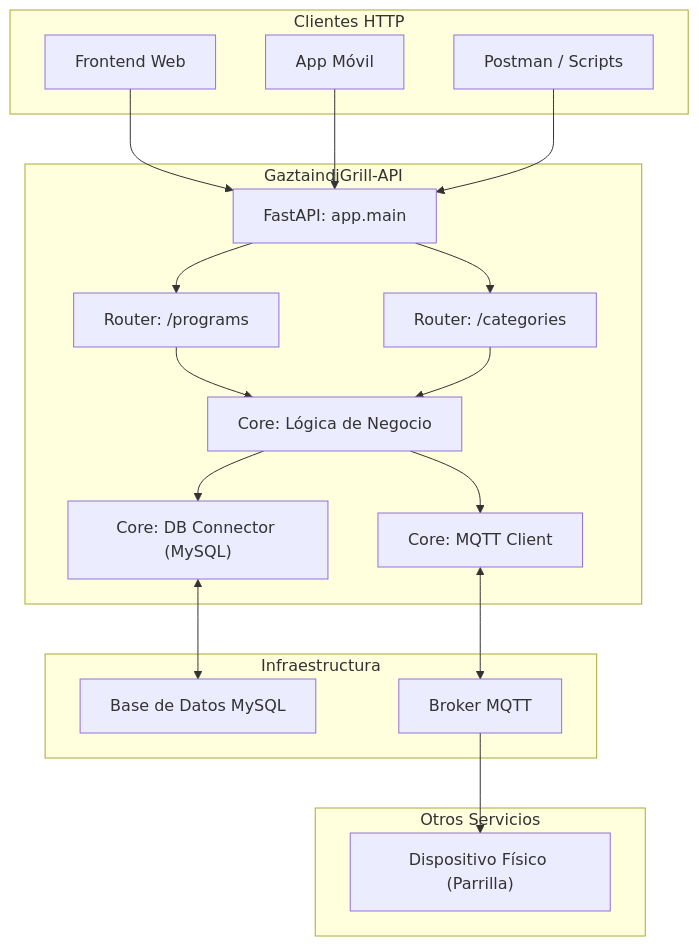
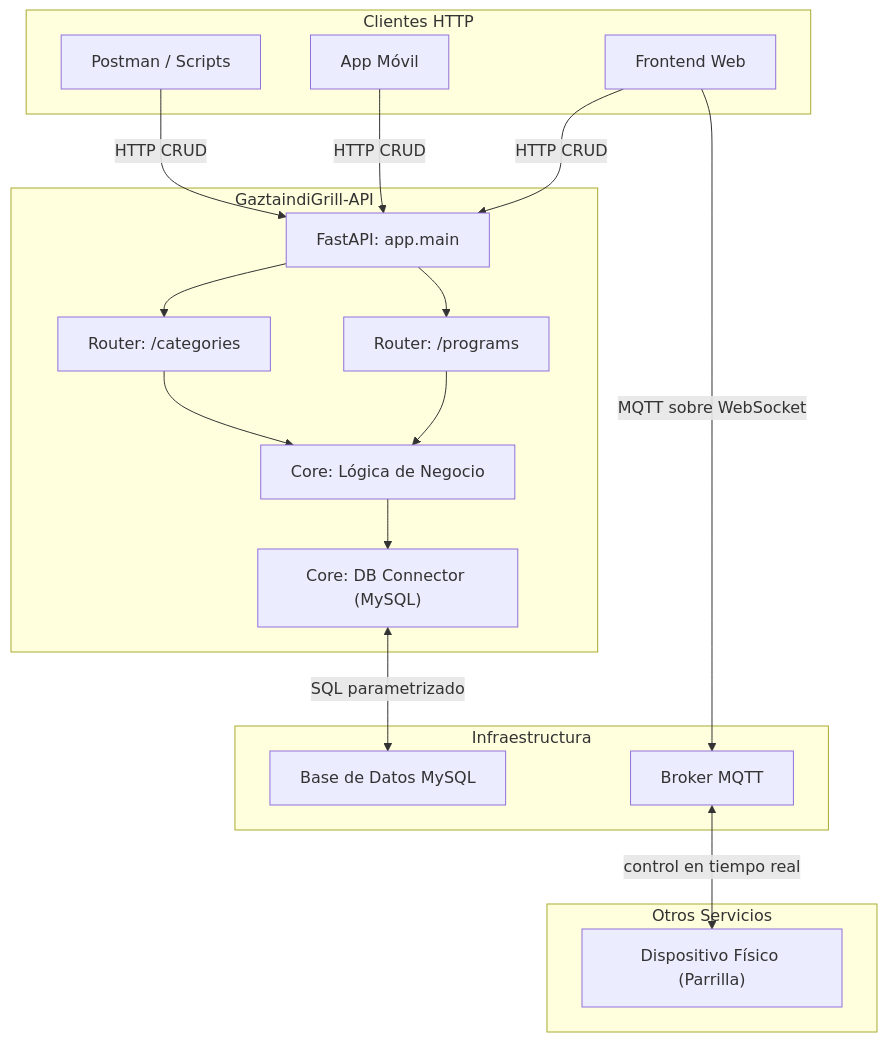
The diagram in GaztaindiGrill-API/docs/architecture.md (izeta8/GaztaindiGrill), drawn with Mermaid before and after one commit. The commit also changed other lines of this file and 2 other files, not shown here.

Commit message:
docs: describe the API as HTTP-only after removing the MQTT client

````diff
--- a/GaztaindiGrill-API/docs/architecture.md
+++ b/GaztaindiGrill-API/docs/architecture.md
@@ -11,35 +15,33 @@
 ```mermaid
 graph TD
     subgraph "Clientes HTTP"
         A[Frontend Web]
         B[App Móvil]
         C["Postman / Scripts"]
     end
 
     subgraph "GaztaindiGrill-API"
         D["FastAPI: app.main"]
         E["Router: /programs"]
         F["Router: /categories"]
         G["Core: Lógica de Negocio"]
         H["Core: DB Connector (MySQL)"]
-        I["Core: MQTT Client"]
     end
 
     subgraph "Infraestructura"
         J[Base de Datos MySQL]
         K[Broker MQTT]
     end
     
     subgraph "Otros Servicios"
         L["Dispositivo Físico (Parrilla)"]
     end
 
-    A & B & C --> D
+    A & B & C -->|HTTP CRUD| D
     D --> E & F
     E & F --> G
     G --> H
-    G --> I
-    H <--> J
-    I <--> K
-    K --> L
+    H <-->|SQL parametrizado| J
+    A -->|MQTT sobre WebSocket| K
+    K <-->|"control en tiempo real"| L
 ```
````
